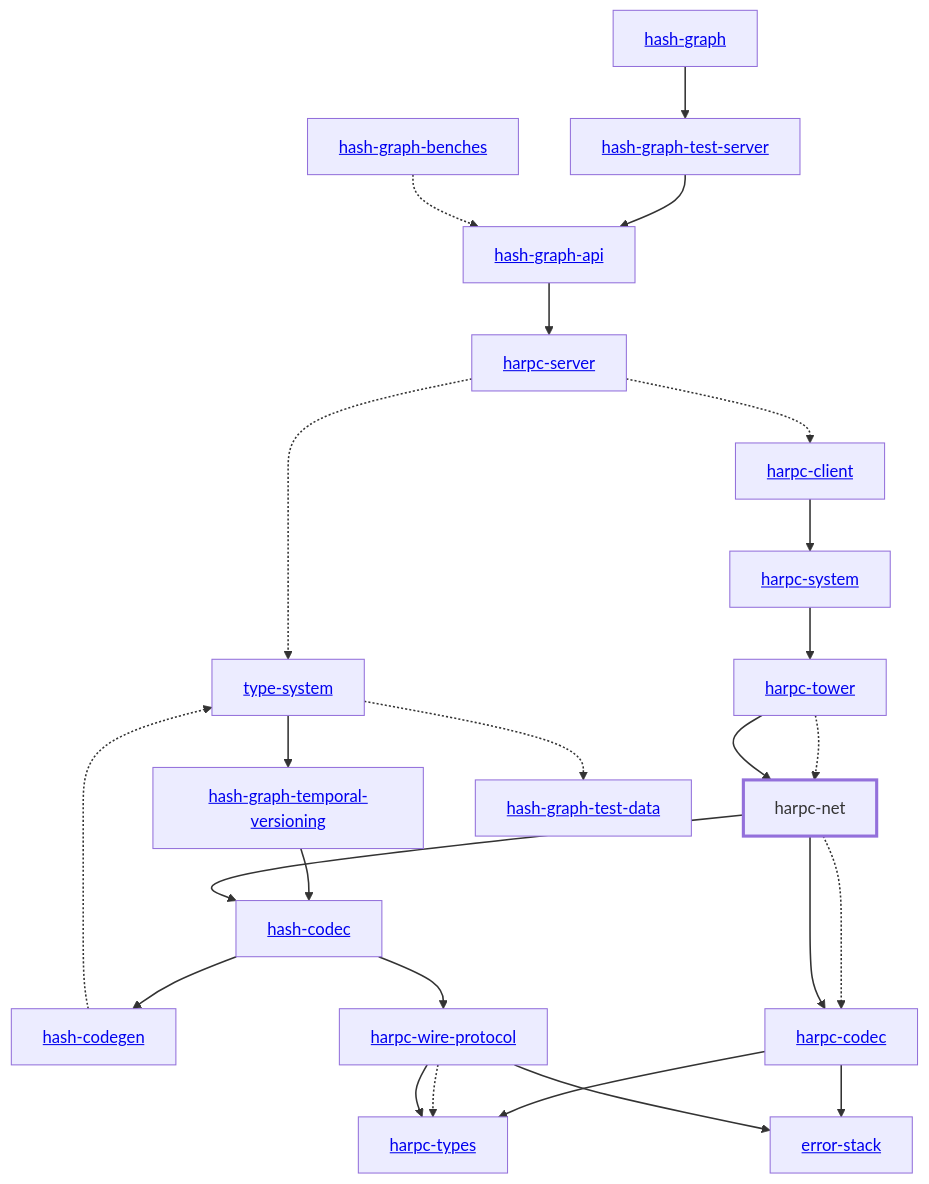
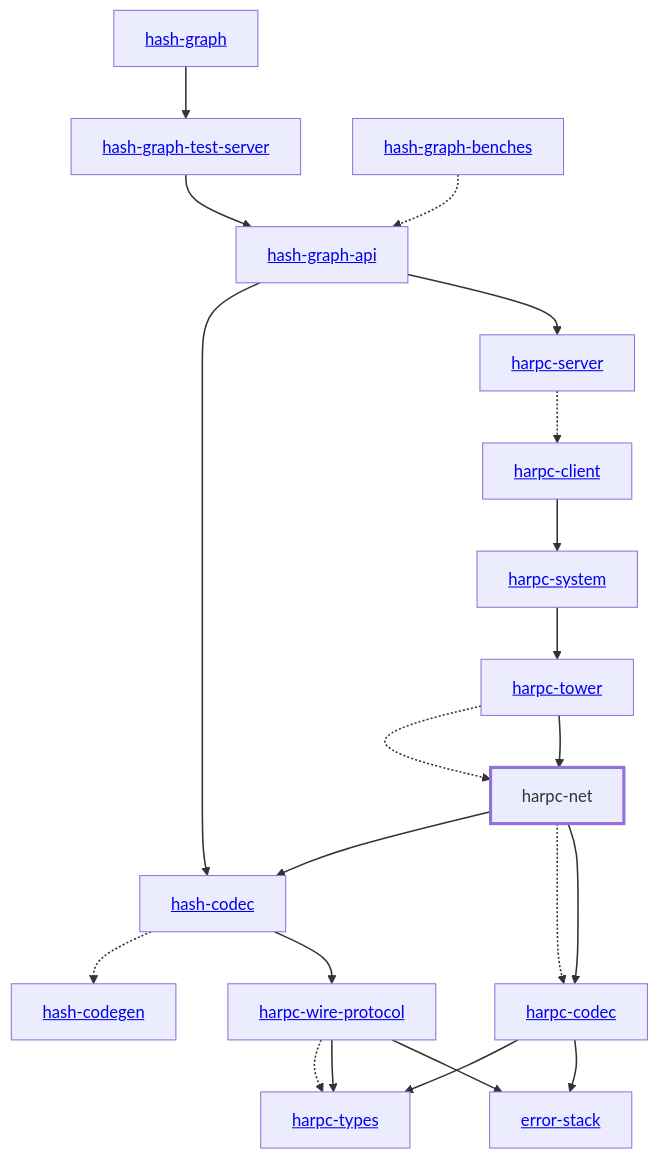
One commit to hashintel/hash changed the diagram in libs/@local/harpc/net/docs/dependency-diagram.mmd. Above: the diagram before and after it, drawn with Mermaid. The commit also changed 21 other files, not shown here.

Commit message:
Update dependency diagrams

```diff
--- a/libs/@local/harpc/net/docs/dependency-diagram.mmd
+++ b/libs/@local/harpc/net/docs/dependency-diagram.mmd
@@ -1,53 +1,46 @@
 graph TD
     linkStyle default stroke-width:1.5px
     classDef default stroke-width:1px
     classDef root stroke-width:3px
     classDef dev stroke-width:1px
     classDef build stroke-width:1px
     %% Legend
     %% --> : Normal dependency
     %% -.-> : Dev dependency
     %% ---> : Build dependency
     0[<a href="../hash_graph">hash-graph</a>]
-    1[<a href="../type_system">type-system</a>]
-    2[<a href="../hash_codec">hash-codec</a>]
-    3[<a href="../hash_codegen">hash-codegen</a>]
-    4[<a href="../hash_graph_api">hash-graph-api</a>]
-    5[<a href="../hash_graph_temporal_versioning">hash-graph-temporal-versioning</a>]
-    6[<a href="../hash_graph_test_server">hash-graph-test-server</a>]
-    7[<a href="../harpc_client">harpc-client</a>]
-    8[<a href="../harpc_codec">harpc-codec</a>]
-    9[harpc-net]
-    class 9 root
-    10[<a href="../harpc_server">harpc-server</a>]
-    11[<a href="../harpc_system">harpc-system</a>]
-    12[<a href="../harpc_tower">harpc-tower</a>]
-    13[<a href="../harpc_types">harpc-types</a>]
-    14[<a href="../harpc_wire_protocol">harpc-wire-protocol</a>]
-    15[<a href="../error_stack">error-stack</a>]
-    16[<a href="../hash_graph_benches">hash-graph-benches</a>]
-    17[<a href="../hash_graph_test_data">hash-graph-test-data</a>]
-    0 --> 6
-    1 --> 5
-    1 -.-> 17
-    2 --> 3
-    2 --> 14
-    3 -.-> 1
-    4 --> 10
-    5 --> 2
-    6 --> 4
-    7 --> 11
-    8 --> 13
-    8 --> 15
-    9 --> 2
-    9 -.-> 8
-    9 --> 8
-    10 -.-> 1
+    1[<a href="../hash_codec">hash-codec</a>]
+    2[<a href="../hash_codegen">hash-codegen</a>]
+    3[<a href="../hash_graph_api">hash-graph-api</a>]
+    4[<a href="../hash_graph_test_server">hash-graph-test-server</a>]
+    5[<a href="../harpc_client">harpc-client</a>]
+    6[<a href="../harpc_codec">harpc-codec</a>]
+    7[harpc-net]
+    class 7 root
+    8[<a href="../harpc_server">harpc-server</a>]
+    9[<a href="../harpc_system">harpc-system</a>]
+    10[<a href="../harpc_tower">harpc-tower</a>]
+    11[<a href="../harpc_types">harpc-types</a>]
+    12[<a href="../harpc_wire_protocol">harpc-wire-protocol</a>]
+    13[<a href="../error_stack">error-stack</a>]
+    14[<a href="../hash_graph_benches">hash-graph-benches</a>]
+    0 --> 4
+    1 -.-> 2
+    1 --> 12
+    3 --> 1
+    3 --> 8
+    4 --> 3
+    5 --> 9
+    6 --> 11
+    6 --> 13
+    7 --> 1
+    7 -.-> 6
+    7 --> 6
+    8 -.-> 5
+    9 --> 10
     10 -.-> 7
-    11 --> 12
-    12 -.-> 9
-    12 --> 9
-    14 -.-> 13
-    14 --> 13
-    14 --> 15
-    16 -.-> 4
+    10 --> 7
+    12 -.-> 11
+    12 --> 11
+    12 --> 13
+    14 -.-> 3
```
